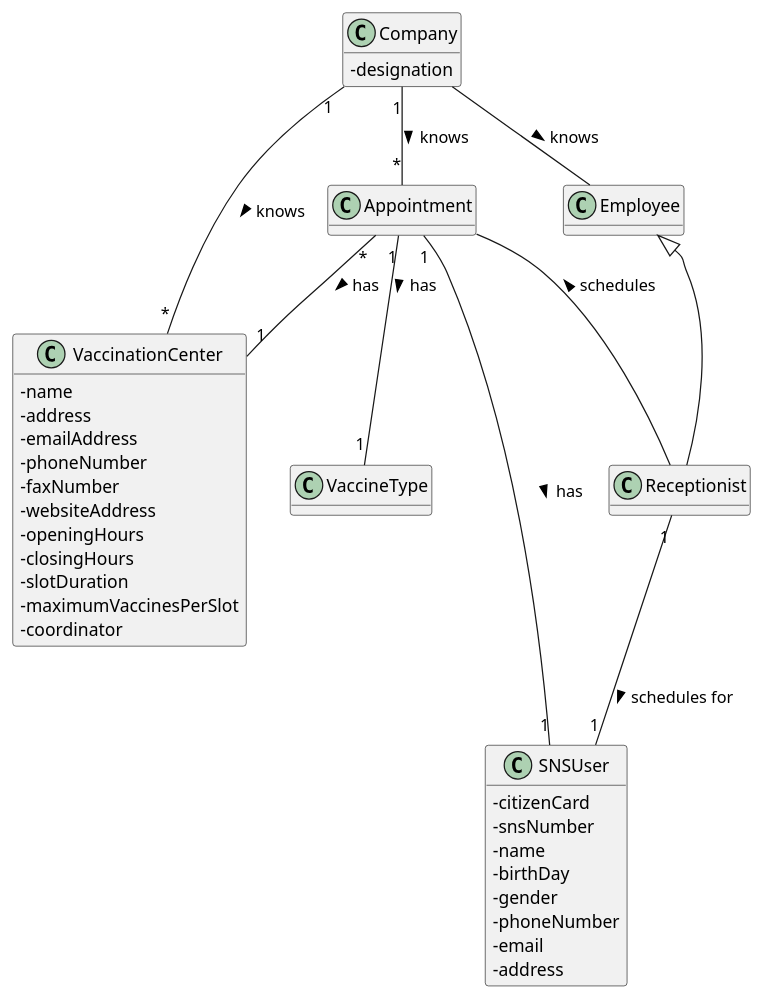
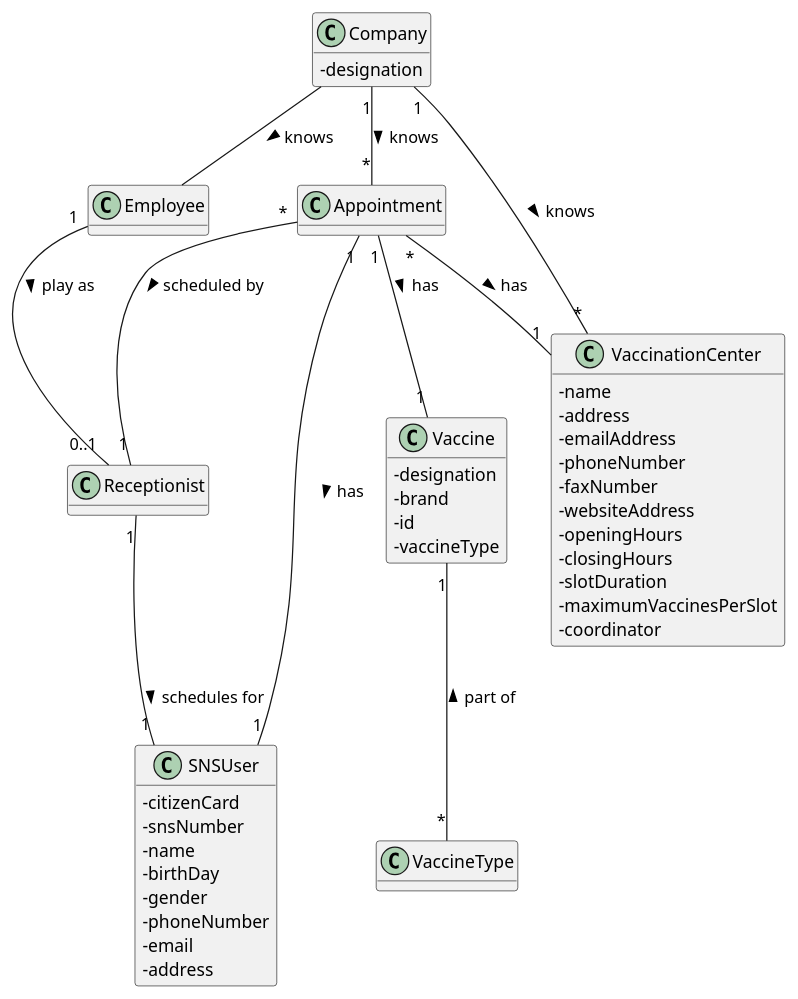
Before and after one commit to miseEnPlace-i/lapr2: the diagram in docs/SprintC/US02/DM/US02_DM.puml, drawn with PlantUML. The commit also changed 1 other file, not shown here.

Commit message:
docs(US02): updated dm (added vaccine class, changed few links)

```diff
--- a/docs/SprintC/US02/DM/US02_DM.puml
+++ b/docs/SprintC/US02/DM/US02_DM.puml
@@ -1,54 +1,62 @@
 @startuml  US02_DM
 hide methods
 skinparam classAttributeIconSize 0
 
 
 class Appointment {}
 
 class VaccineType {}
 
 class SNSUser {
   - citizenCard
   - snsNumber
   - name
   - birthDay
   - gender
   - phoneNumber
   - email
   - address
 }
 
 class VaccinationCenter{
   -name
   -address
   -emailAddress
   -phoneNumber
   -faxNumber
   -websiteAddress
   -openingHours  
   -closingHours
   -slotDuration
   -maximumVaccinesPerSlot
   -coordinator
 }
 
 class Company{
   -designation
 }
 
 class Receptionist {}
 
 class Employee {}
 
+class Vaccine {
+  -designation
+  -brand
+  -id
+  -vaccineType
+}
+
 Company "1" -- "*" Appointment : knows >
-Appointment "1"  -- "1" VaccineType : has >
+Appointment "1"  -- "1" Vaccine : has >
 Appointment "*" -- "1" VaccinationCenter : has >
 Company "1" -- "*" VaccinationCenter : knows >
-Appointment -- Receptionist : schedules <
+Appointment "*" -- "1" Receptionist : scheduled by >
 Receptionist "1" -- "1" SNSUser : schedules for >
 Appointment "1" -- "1" SNSUser : has >
-Employee <|-- Receptionist
+Employee "1" -- "0..1" Receptionist : play as >
 Company -- Employee : knows >
+Vaccine "1" -- "*" VaccineType : part of <
 
 
 @enduml
```
